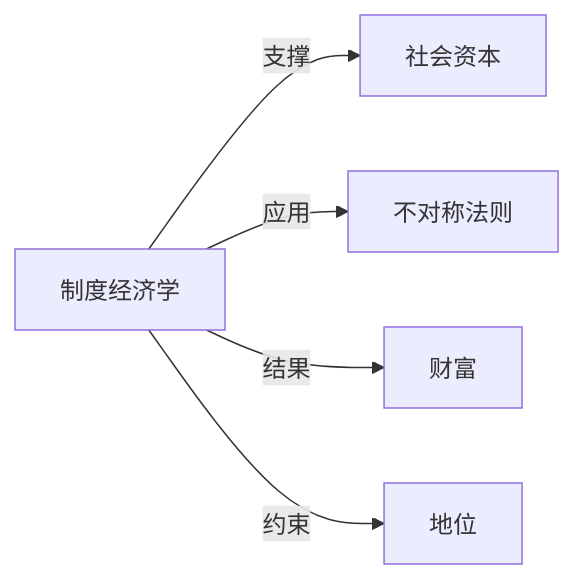
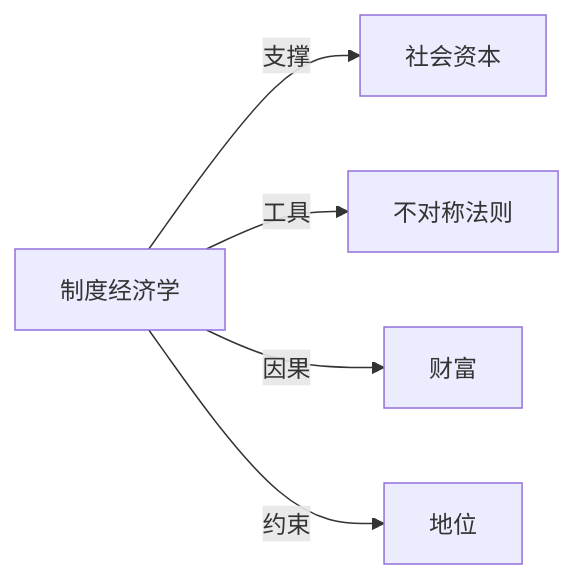
Before and after one commit to KIMMCHOW/MyKnowledge: the diagram in Knowledge/Concepts/经济/制度经济学.md, drawn with Mermaid. The commit also changed 95 other files, not shown here.

Commit message:
reorganize: 统一关系图边标签为11类

````diff
--- a/Knowledge/Concepts/经济/制度经济学.md
+++ b/Knowledge/Concepts/经济/制度经济学.md
@@ -40,7 +40,7 @@
 ```mermaid
 graph LR
 制度经济学 -->|支撑| 社会资本
-制度经济学 -->|应用| 不对称法则
-制度经济学 -->|结果| 财富
+制度经济学 -->|工具| 不对称法则
+制度经济学 -->|因果| 财富
 制度经济学 -->|约束| 地位
 ```
````
